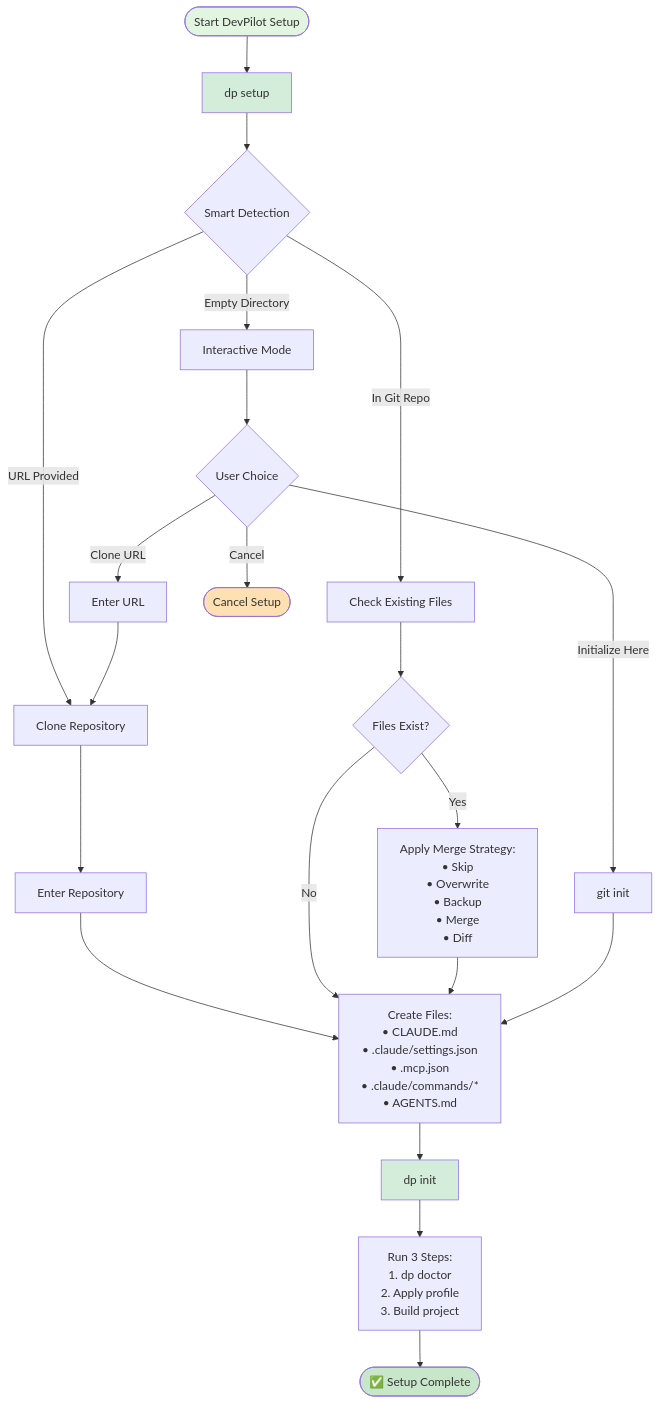
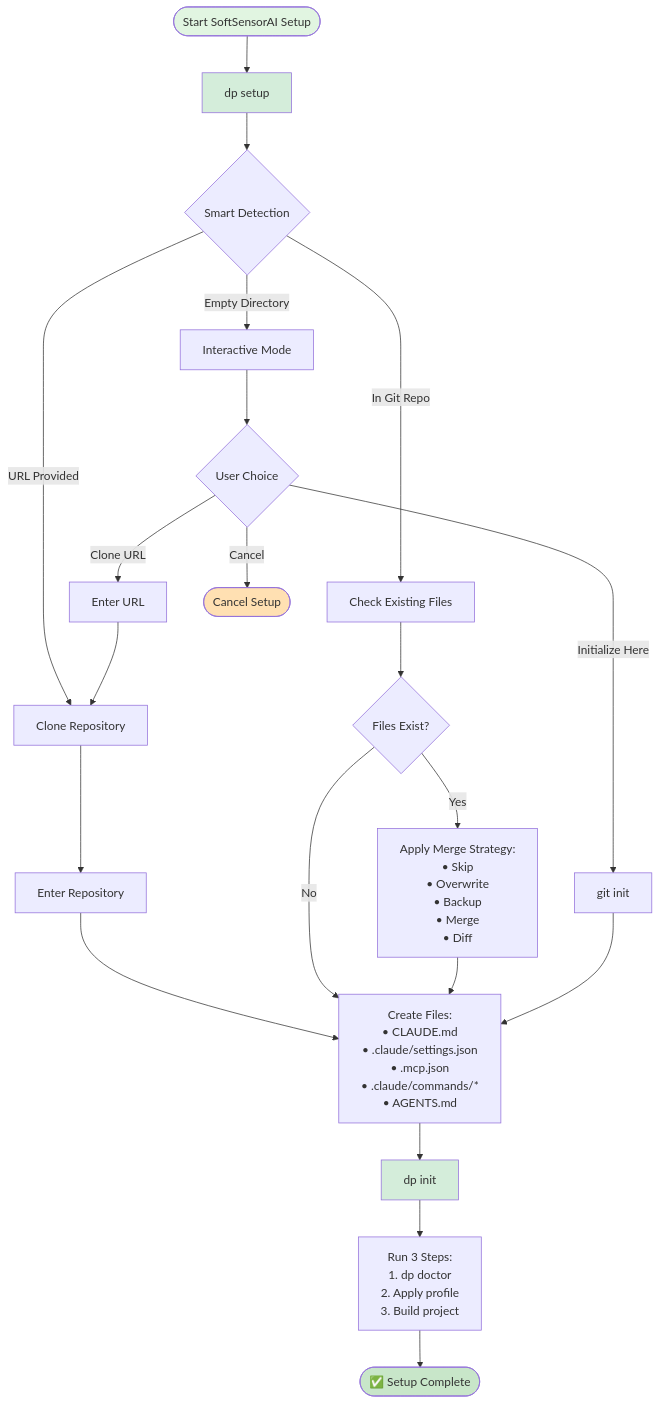
The diagram in docs/SETUP_WORKFLOW.md (Softsensor-org/SoftSensorAI), drawn with Mermaid before and after one commit. The commit also changed other lines of this file and 48 other files, not shown here.

First line of the commit message:
feat(brand): Add DevPilot → SoftSensorAI migration kit

````diff
--- a/docs/SETUP_WORKFLOW.md
+++ b/docs/SETUP_WORKFLOW.md
@@ -12,44 +12,44 @@
 ```mermaid
 graph TD
-    Start([Start DevPilot Setup]) --> DpSetup[dp setup]
+    Start([Start SoftSensorAI Setup]) --> DpSetup[dp setup]
 
     %% Smart Detection
     DpSetup --> Detect{Smart Detection}
 
     %% Three Paths
     Detect -->|URL Provided| Clone[Clone Repository]
     Detect -->|In Git Repo| CheckFiles[Check Existing Files]
     Detect -->|Empty Directory| Interactive[Interactive Mode]
 
     %% Clone Path
     Clone --> Enter[Enter Repository]
     Enter --> CreateFiles
 
     %% Existing Repo Path
     CheckFiles --> Conflict{Files Exist?}
     Conflict -->|No| CreateFiles
     Conflict -->|Yes| Strategy[Apply Merge Strategy:<br/>• Skip<br/>• Overwrite<br/>• Backup<br/>• Merge<br/>• Diff]
     Strategy --> CreateFiles
 
     %% Interactive Path
     Interactive --> Choice{User Choice}
     Choice -->|Initialize Here| InitGit[git init]
     Choice -->|Clone URL| InputURL[Enter URL]
     Choice -->|Cancel| End([Cancel Setup])
     InitGit --> CreateFiles
     InputURL --> Clone
 
     %% File Creation
     CreateFiles[Create Files:<br/>• CLAUDE.md<br/>• .claude/settings.json<br/>• .mcp.json<br/>• .claude/commands/*<br/>• AGENTS.md]
 
     %% Initialize
     CreateFiles --> DpInit[dp init]
     DpInit --> Steps[Run 3 Steps:<br/>1. dp doctor<br/>2. Apply profile<br/>3. Build project]
     Steps --> Success([✅ Setup Complete])
 
     style Start fill:#e1f5e1
     style DpSetup fill:#d4edda
     style DpInit fill:#d4edda
     style Success fill:#c8e6c9
     style End fill:#ffe0b2
 ```
````
